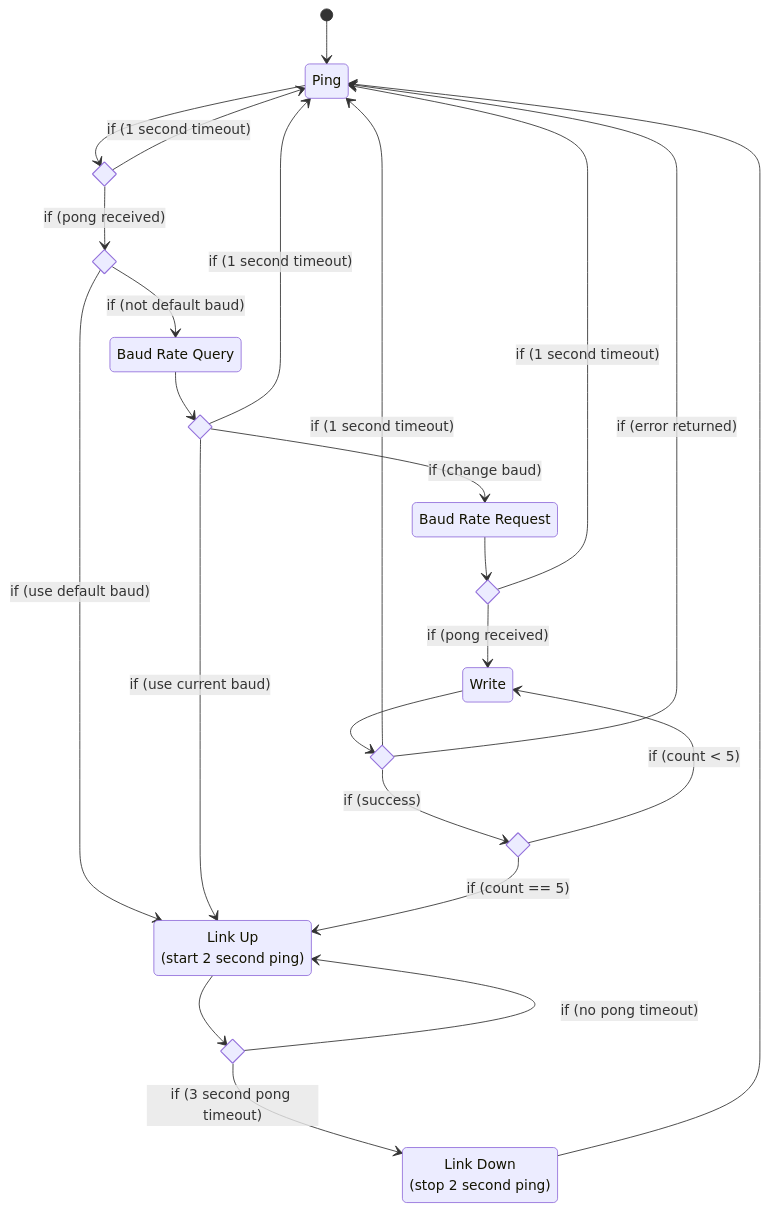
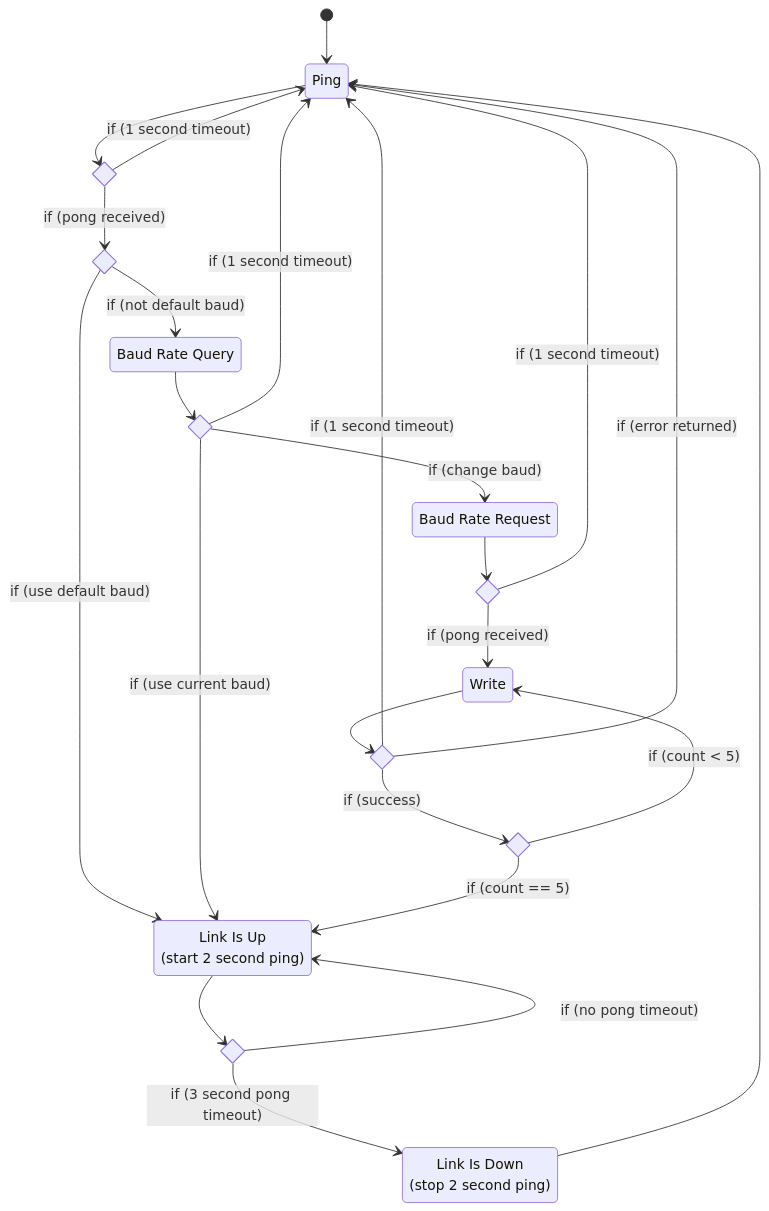
One commit to bakerstu/openmrn changed the fourth of 7 diagrams in src/traction_modem/README.md. Above: the diagram before and after it, drawn with Mermaid.

Commit message:
Fix typo in documentation.

````diff
--- a/src/traction_modem/README.md
+++ b/src/traction_modem/README.md
@@ -56,56 +56,56 @@
 ```mermaid
 stateDiagram
     direction TB
 
     Ping: Ping
     BaudRateQuery: Baud Rate Query
     PingBaudRateChange: Baud Rate Request
     Write: Write
-    LinkUp: Link Up<br>(start 2 second ping)
-    LinkDown: Link Down<br>(stop 2 second ping)
+    LinkUp: Link Is Up<br>(start 2 second ping)
+    LinkDown: Link Is Down<br>(stop 2 second ping)
 
     state PongState <<choice>>
     state DefaultBaudState <<choice>>
     state BaudRateQueryResponseState <<choice>>
     state PongBaudRateChangeState <<choice>>
     state WriteResponseState <<choice>>
     state WriteResponseRepeatState <<choice>>
     state LinkTimeoutState <<choice>>
 
     [*]                        --> Ping
 
     Ping                       --> PongState
 
     PongState                  --> Ping: if (1 second timeout)
     PongState                  --> DefaultBaudState: if (pong received)
 
     DefaultBaudState           --> LinkUp: if (use default baud)
     DefaultBaudState           --> BaudRateQuery: if (not default baud)
 
     BaudRateQuery              --> BaudRateQueryResponseState
 
     BaudRateQueryResponseState --> Ping: if (1 second timeout)
     BaudRateQueryResponseState --> LinkUp: if (use current baud)
     BaudRateQueryResponseState --> PingBaudRateChange: if (change baud)
 
     PingBaudRateChange         --> PongBaudRateChangeState
 
     PongBaudRateChangeState    --> Ping: if (1 second timeout)
     PongBaudRateChangeState    --> Write: if (pong received)
 
     Write                      --> WriteResponseState
 
     WriteResponseState         --> Ping: if (1 second timeout)
     WriteResponseState         --> Ping: if (error returned)
     WriteResponseState         --> WriteResponseRepeatState: if (success)
 
     WriteResponseRepeatState   --> Write: if (count < 5)
     WriteResponseRepeatState   --> LinkUp: if (count == 5)
 
     LinkUp                     --> LinkTimeoutState
 
     LinkTimeoutState           --> LinkDown: if (3 second pong timeout)
     LinkTimeoutState           --> LinkUp: if (no pong timeout)
 
     LinkDown                   --> Ping
 ```
````
